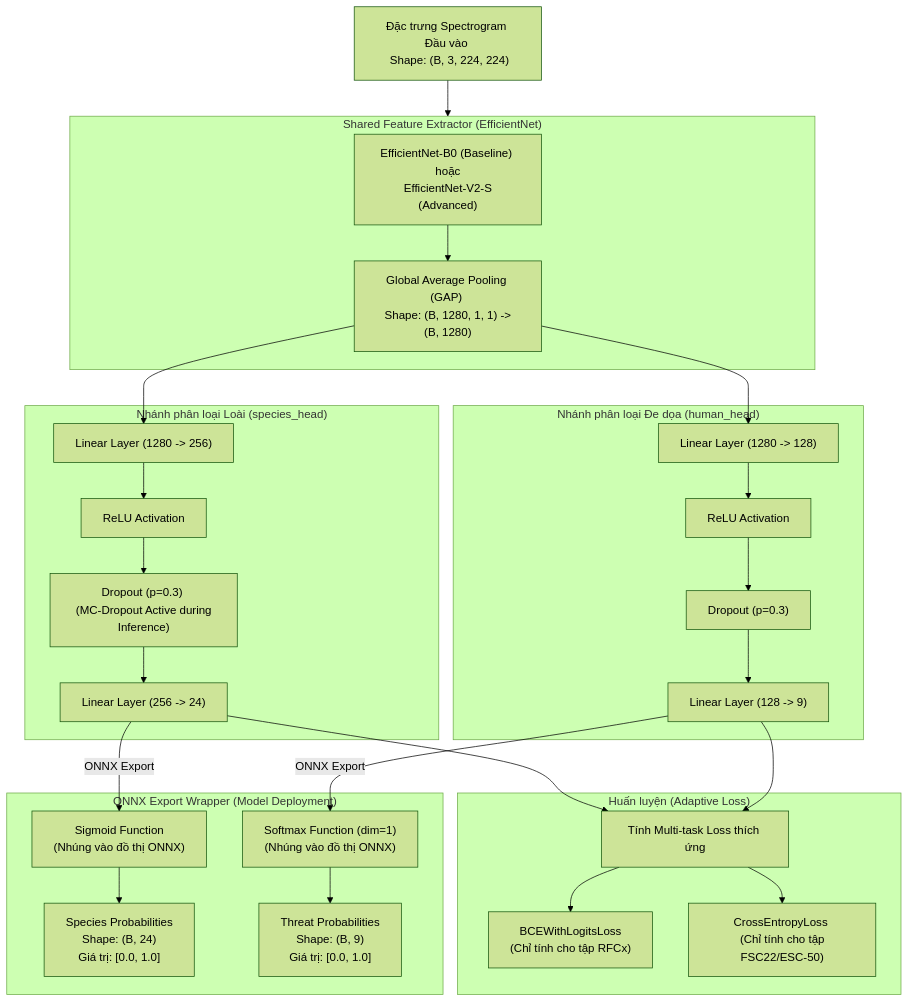
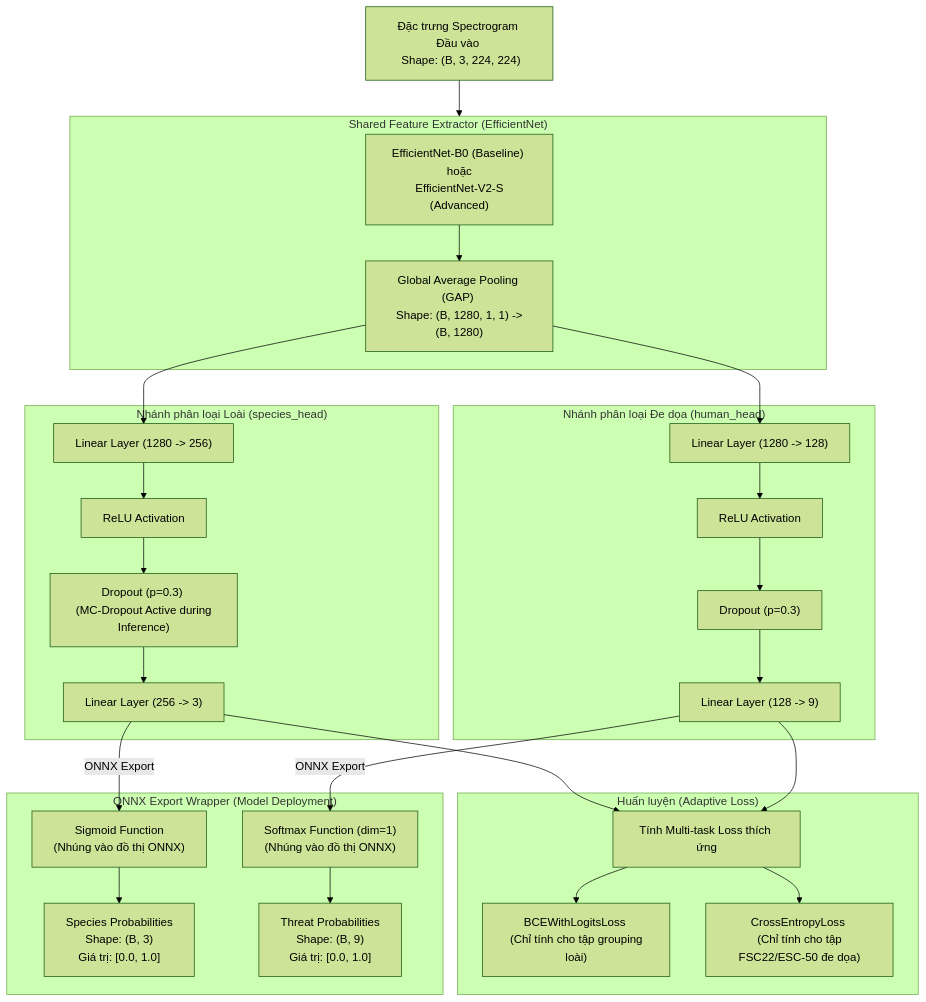
One commit to hei1sme/BioListen-VN changed the second of 2 diagrams in docs/diagram.md. Above: the diagram before and after it, drawn with Mermaid (forest theme). The commit also changed other lines of this file, not shown here.

Commit message:
docs: update neural network diagram.md target dimension to num_species = 3

````diff
--- a/docs/diagram.md
+++ b/docs/diagram.md
@@ -53,61 +53,61 @@
 ```mermaid
 flowchart TD
     %% Input Tensor
     InputTensor["Đặc trưng Spectrogram Đầu vào <br> Shape: (B, 3, 224, 224)"]
     
     %% Backbone
     subgraph Backbone["Shared Feature Extractor (EfficientNet)"]
         B0["EfficientNet-B0 (Baseline) <br> hoặc <br> EfficientNet-V2-S (Advanced)"]
         GAP["Global Average Pooling (GAP) <br> Shape: (B, 1280, 1, 1) -> (B, 1280)"]
         B0 --> GAP
     end
     InputTensor --> Backbone
     
     %% Heads Branching
     subgraph SpecBranch["Nhánh phân loại Loài (species_head)"]
         FC1_Spec["Linear Layer (1280 -> 256)"]
         ReLU_Spec["ReLU Activation"]
         Drop_Spec["Dropout (p=0.3) <br> (MC-Dropout Active during Inference)"]
-        FC2_Spec["Linear Layer (256 -> 24)"]
+        FC2_Spec["Linear Layer (256 -> 3)"]
         
         FC1_Spec --> ReLU_Spec --> Drop_Spec --> FC2_Spec
     end
     
     subgraph ThreatBranch["Nhánh phân loại Đe dọa (human_head)"]
         FC1_Threat["Linear Layer (1280 -> 128)"]
         ReLU_Threat["ReLU Activation"]
         Drop_Threat["Dropout (p=0.3)"]
         FC2_Threat["Linear Layer (128 -> 9)"]
         
         FC1_Threat --> ReLU_Threat --> Drop_Threat --> FC2_Threat
     end
     
     GAP --> FC1_Spec
     GAP --> FC1_Threat
     
     %% Training Phase
     subgraph TrainingPhase["Huấn luyện (Adaptive Loss)"]
         LossCalc["Tính Multi-task Loss thích ứng"]
-        BCELoss["BCEWithLogitsLoss <br> (Chỉ tính cho tập RFCx)"]
-        CELoss["CrossEntropyLoss <br> (Chỉ tính cho tập FSC22/ESC-50)"]
+        BCELoss["BCEWithLogitsLoss <br> (Chỉ tính cho tập grouping loài)"]
+        CELoss["CrossEntropyLoss <br> (Chỉ tính cho tập FSC22/ESC-50 đe dọa)"]
         
         LossCalc --> BCELoss & CELoss
     end
     FC2_Spec --> LossCalc
     FC2_Threat --> LossCalc
     
     %% ONNX Export Output
     subgraph ONNXWrapper["ONNX Export Wrapper (Model Deployment)"]
         Sigmoid["Sigmoid Function <br> (Nhúng vào đồ thị ONNX)"]
         Softmax["Softmax Function (dim=1) <br> (Nhúng vào đồ thị ONNX)"]
         
-        ONNXOutput1["Species Probabilities <br> Shape: (B, 24) <br> Giá trị: [0.0, 1.0]"]
+        ONNXOutput1["Species Probabilities <br> Shape: (B, 3) <br> Giá trị: [0.0, 1.0]"]
         ONNXOutput2["Threat Probabilities <br> Shape: (B, 9) <br> Giá trị: [0.0, 1.0]"]
         
         Sigmoid --> ONNXOutput1
         Softmax --> ONNXOutput2
     end
     
     FC2_Spec -->|ONNX Export| Sigmoid
     FC2_Threat -->|ONNX Export| Softmax
 ```
````
